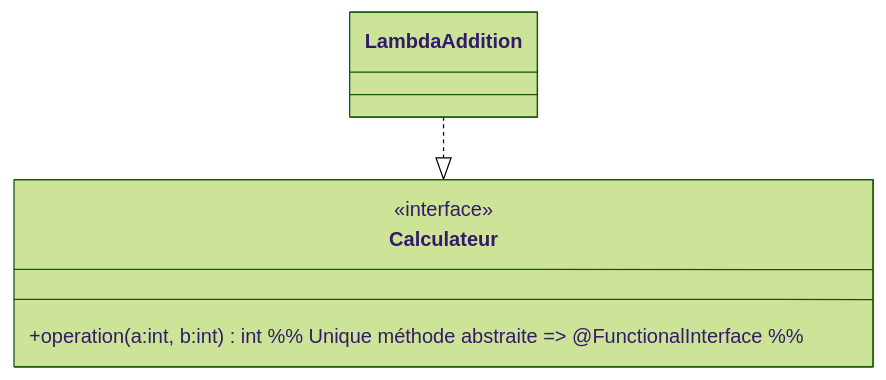
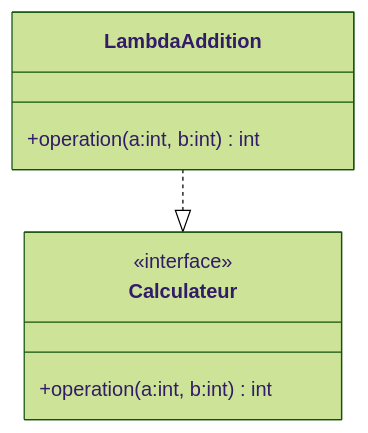
Before and after one commit to hrhouma1/Programmation-objet-2: the eighth of 16 diagrams in 04-PARTIE-2-JAVA/04-(THEORIE)-Les-interfaces-en-Java.md, drawn with Mermaid (forest theme). The commit also changed other lines of this file, not shown here.

````diff
--- a/04-PARTIE-2-JAVA/04-(THEORIE)-Les-interfaces-en-Java.md
+++ b/04-PARTIE-2-JAVA/04-(THEORIE)-Les-interfaces-en-Java.md
@@ -525,11 +564,12 @@
 ```mermaid
 classDiagram
 class Calculateur {
-  <<interface>>
-  +operation(a:int, b:int) int  %% Unique méthode abstraite => @FunctionalInterface %%
+  +operation(a:int, b:int) int
 }
+<<interface>> Calculateur
+
 class LambdaAddition {
-  %% Représentation conceptuelle d'une lambda (x,y)->x+y conforme à Calculateur %%
+  +operation(a:int, b:int) int
 }
 LambdaAddition ..|> Calculateur
 ```
````
